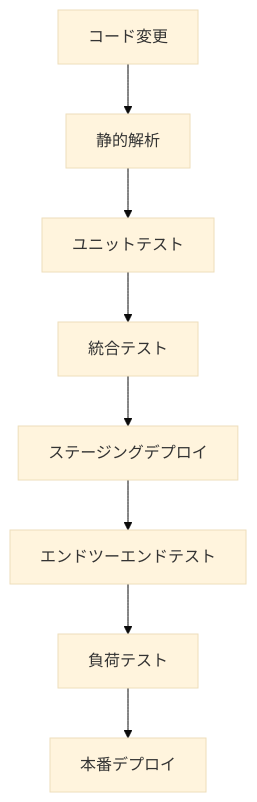
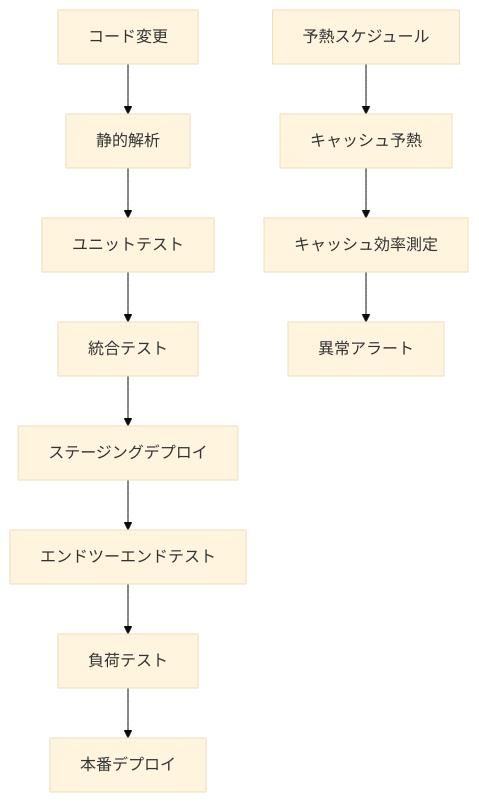
Before and after one commit to Rih0z/portfolio-market-data-api: the diagram in document/test-plan.md, drawn with Mermaid (base theme). The commit also changed other lines of this file and 6 other files, not shown here.

````diff
--- a/document/test-plan.md
+++ b/document/test-plan.md
@@ -251,10 +358,14 @@
 ```mermaid
 graph TD
     A[コード変更] --> B[静的解析]
     B --> C[ユニットテスト]
     C --> D[統合テスト]
     D --> E[ステージングデプロイ]
     E --> F[エンドツーエンドテスト]
     F --> G[負荷テスト]
     G --> H[本番デプロイ]
+    
+    I[予熱スケジュール] --> J[キャッシュ予熱]
+    J --> K[キャッシュ効率測定]
+    K --> L[異常アラート]
 ```
````
